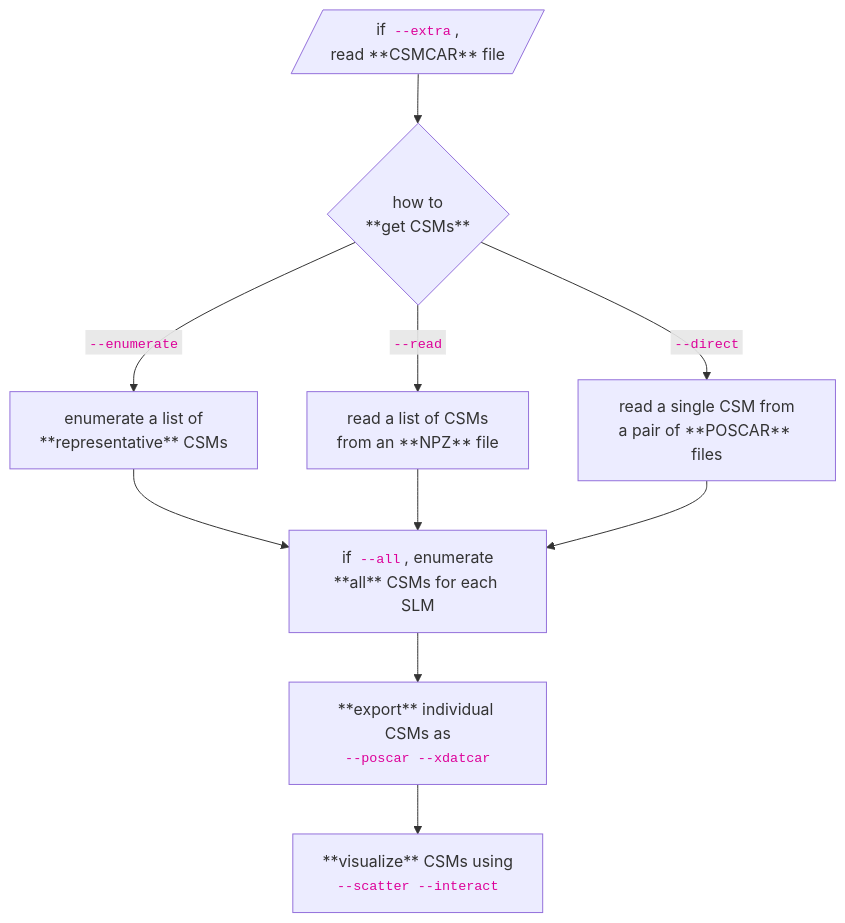
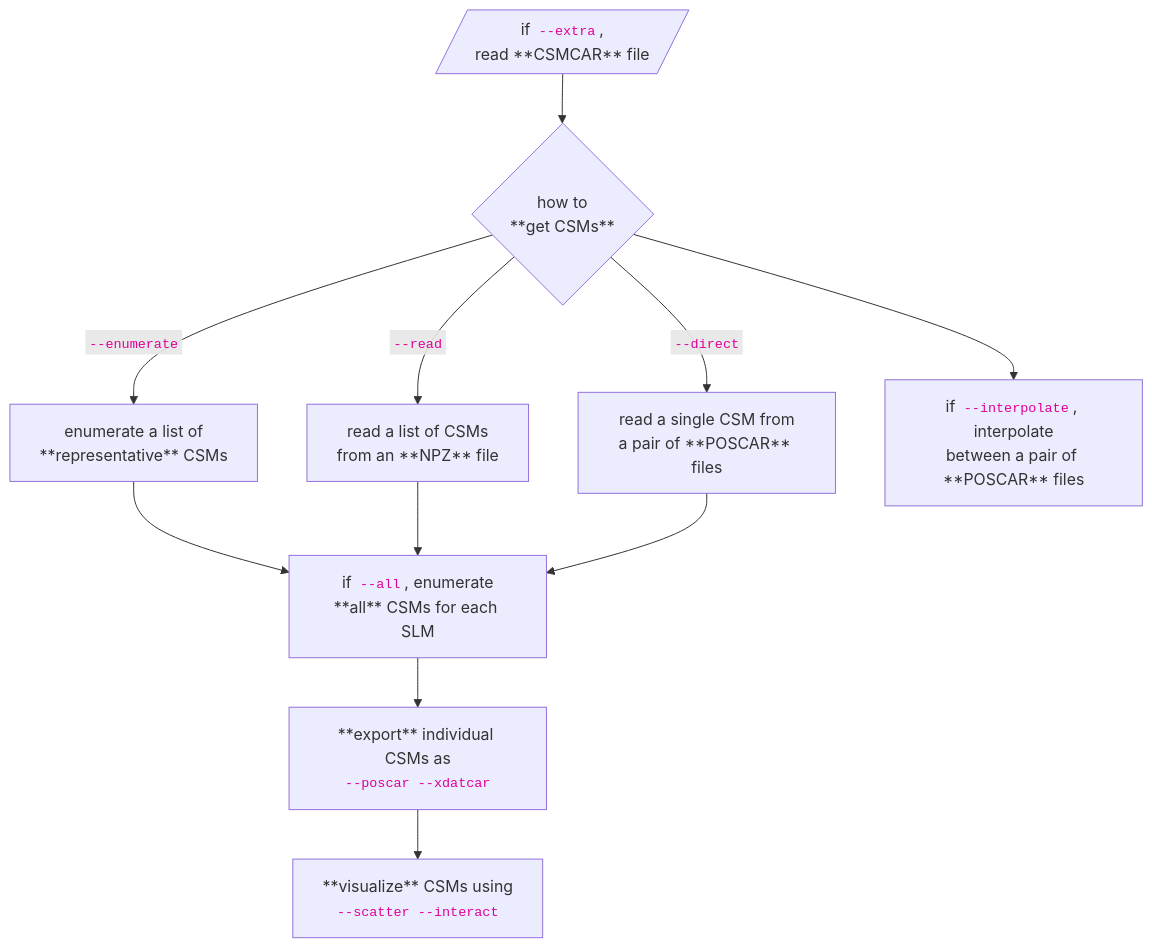
One commit to Fangcheng-Wang/crystmatch changed the diagram in docs/cli.md. Above: the diagram before and after it, drawn with Mermaid. The commit also changed 5 other files, not shown here.

````diff
--- a/docs/cli.md
+++ b/docs/cli.md
@@ -5,12 +5,13 @@
 ``` mermaid
 flowchart TB
   config[/"if <code style='color: #dd0099 !important; background-color: var(--md-code-bg-color); border-radius: .1rem; font-size: .85em; padding: 0 .2941176471em; font-family: monospace; word-break: break-word;'>--extra</code>,<br>read **CSMCAR** file"/] --> mode;
   mode{how to<br>**get CSMs**} --> |"<code style='color: #dd0099 !important; background-color: var(--md-code-bg-color); border-radius: .1rem; font-size: .85em; padding: 0 .2941176471em; font-family: monospace; word-break: break-word;'>--enumerate</code>"| modeE[enumerate a list of<br>**representative** CSMs];
   modeE --> all;
   mode --> |"<code style='color: #dd0099 !important; background-color: var(--md-code-bg-color); border-radius: .1rem; font-size: .85em; padding: 0 .2941176471em; font-family: monospace; word-break: break-word;'>--read</code>"| modeR["read a list of CSMs<br>from an **NPZ** file<br>"];
   modeR --> all;
   mode --> |"<code style='color: #dd0099 !important; background-color: var(--md-code-bg-color); border-radius: .1rem; font-size: .85em; padding: 0 .2941176471em; font-family: monospace; word-break: break-word;'>--direct</code>"| modeD["read a single CSM from<br>a pair of **POSCAR** files"];
   modeD --> all["if <code style='color: #dd0099 !important; background-color: var(--md-code-bg-color); border-radius: .1rem; font-size: .85em; padding: 0 .2941176471em; font-family: monospace; word-break: break-word;'>--all</code>, enumerate<br>**all** CSMs for each SLM"];
+  mode --> modeI["if <code style='color: #dd0099 !important; background-color: var(--md-code-bg-color); border-radius: .1rem; font-size: .85em; padding: 0 .2941176471em; font-family: monospace; word-break: break-word;'>--interpolate</code>, interpolate<br>between a pair of **POSCAR** files"];
   all --> export["**export** individual CSMs as<br><code style='color: #dd0099 !important; background-color: var(--md-code-bg-color); border-radius: .1rem; font-size: .85em; padding: 0 .2941176471em; font-family: monospace; word-break: break-word;'>--poscar --xdatcar</code>"];
   export --> visualize["**visualize** CSMs using<br><code style='color: #dd0099 !important; background-color: var(--md-code-bg-color); border-radius: .1rem; font-size: .85em; padding: 0 .2941176471em; font-family: monospace; word-break: break-word;'>--scatter --interact</code>"]
 ```
````
